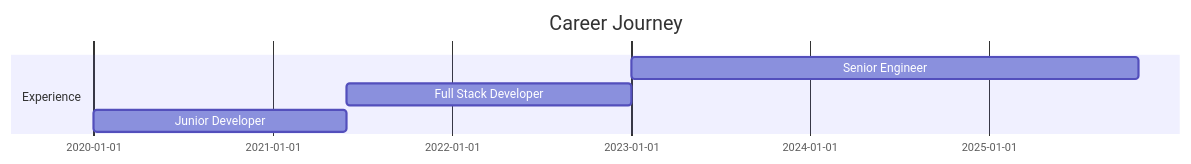
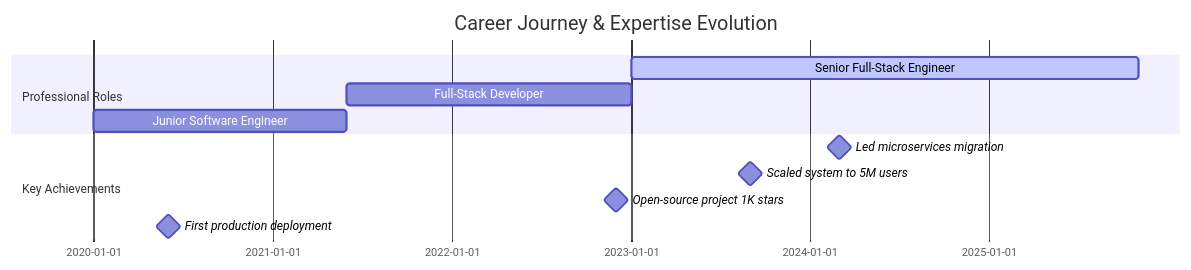
One commit to peashdasrudra/peashdasrudra changed the second of 3 diagrams in README.md. Above: the diagram before and after it, drawn with Mermaid. The commit also changed other lines of this file, not shown here.

````diff
--- a/README.md
+++ b/README.md
@@ -222,9 +372,15 @@
 ```mermaid
 gantt
-    title Career Journey
+    title Career Journey & Expertise Evolution
     dateFormat  YYYY-MM
-    section Experience
-    Senior Engineer           :2023-01, 2025-11
-    Full Stack Developer      :2021-06, 2023-01
-    Junior Developer          :2020-01, 2021-06
+    section Professional Roles
+    Senior Full-Stack Engineer         :active, 2023-01, 2025-11
+    Full-Stack Developer                :2021-06, 2023-01
+    Junior Software Engineer            :2020-01, 2021-06
+    
+    section Key Achievements
+    Led microservices migration         :milestone, 2024-03, 0d
+    Scaled system to 5M users           :milestone, 2023-09, 0d
+    Open-source project 1K stars        :milestone, 2022-12, 0d
+    First production deployment         :milestone, 2020-06, 0d
 ```
````
